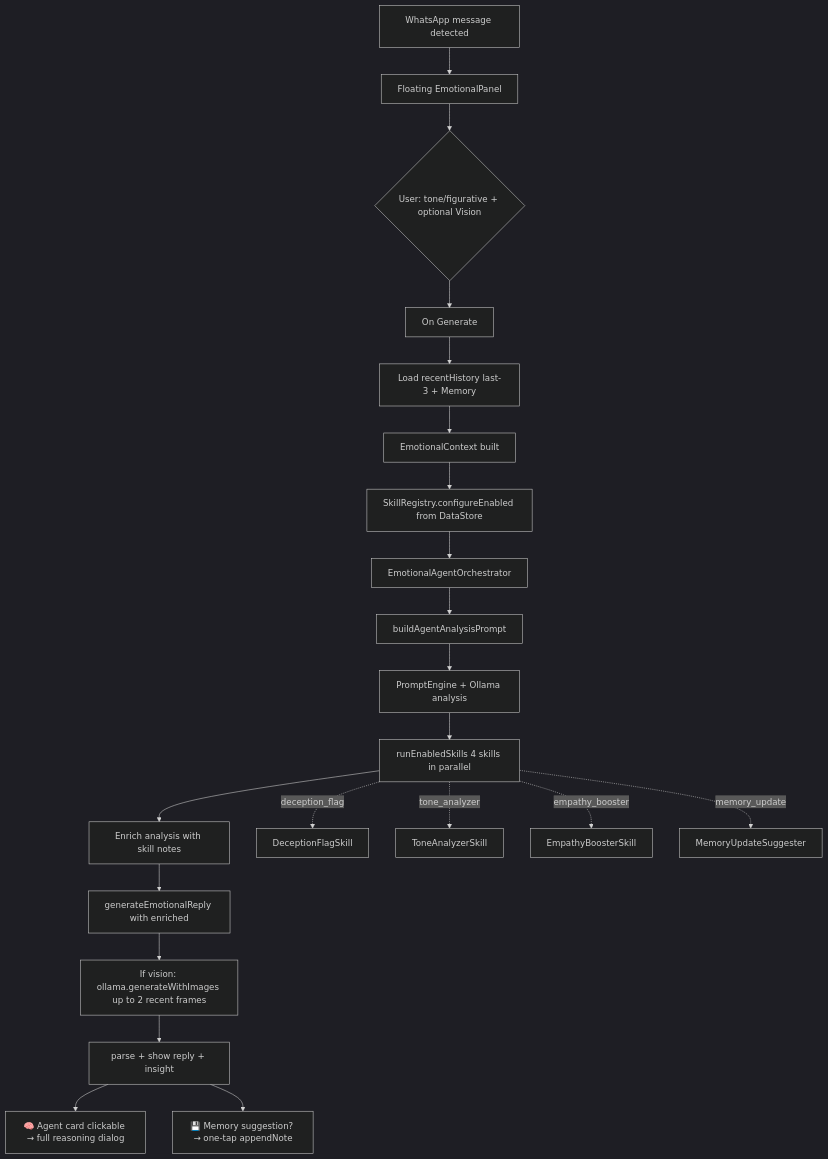
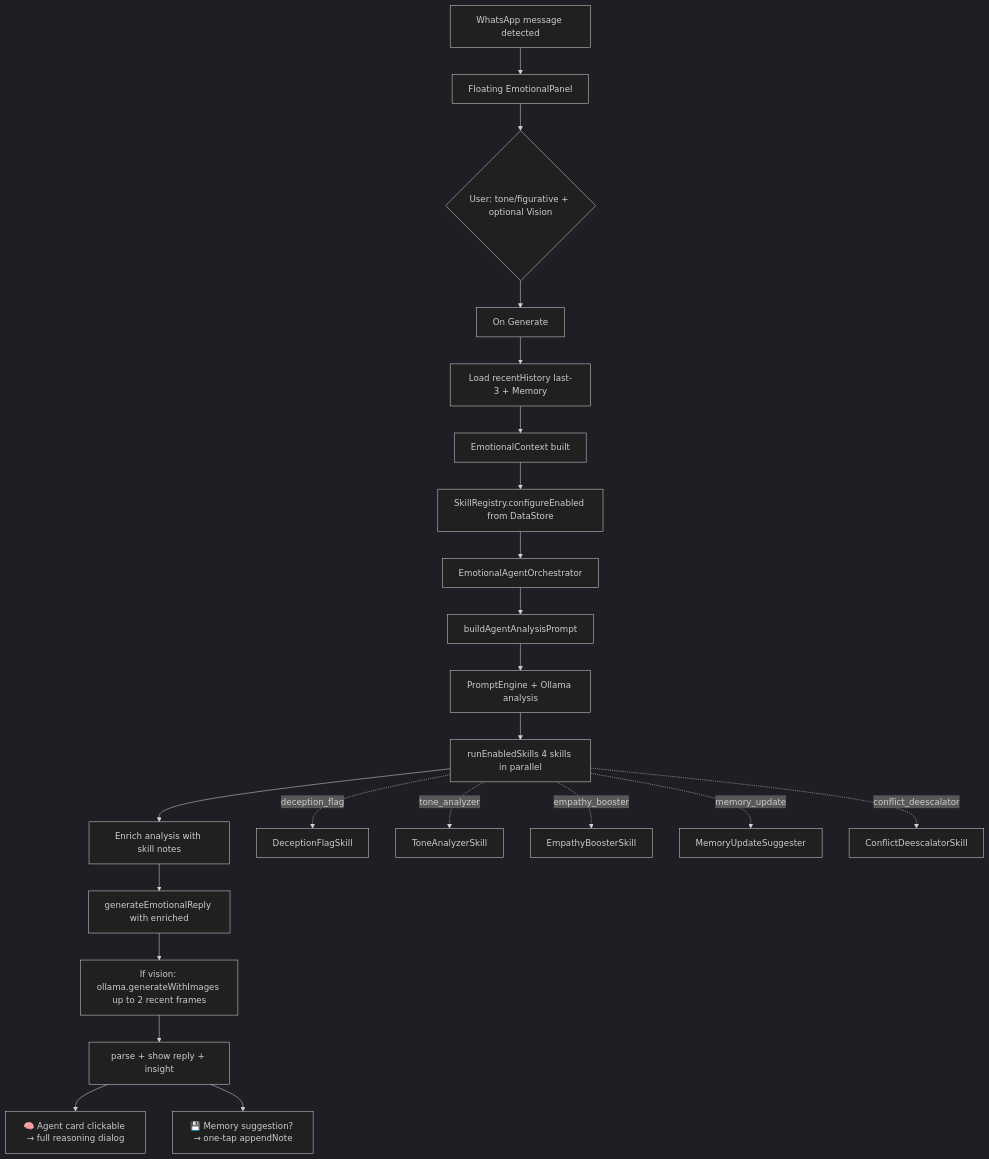
The diagram in docs/architecture.md (Stijnman/emotional-messaging-helper), drawn with Mermaid (dark theme) before and after one commit. The commit also changed other lines of this file and 22 other files, not shown here.

First line of the commit message:
feat: 5th skill (ConflictDeescalator) + full wiring; agent UI + memory UX polish; fastlane graphics/fdroid prep; more tests + docs

````diff
--- a/docs/architecture.md
+++ b/docs/architecture.md
@@ -71,23 +71,24 @@
 ```mermaid
 flowchart TD
     A[WhatsApp message detected] --> B[Floating EmotionalPanel]
     B --> C{User: tone/figurative + optional Vision}
     C --> D[On Generate]
     D --> E[Load recentHistory last-3 + Memory]
     E --> F[EmotionalContext built]
     F --> G[SkillRegistry.configureEnabled from DataStore]
     G --> H[EmotionalAgentOrchestrator]
     H --> I[buildAgentAnalysisPrompt]
     I --> J[PromptEngine + Ollama analysis]
     J --> K[runEnabledSkills 4 skills in parallel]
     K --> L[Enrich analysis with skill notes]
     L --> M[generateEmotionalReply with enriched]
     M --> N[If vision: ollama.generateWithImages up to 2 recent frames]
     N --> O[parse + show reply + insight]
     O --> P[🧠 Agent card clickable → full reasoning dialog]
     O --> Q[💾 Memory suggestion? → one-tap appendNote]
     K -.->|deception_flag| R[DeceptionFlagSkill]
     K -.->|tone_analyzer| S[ToneAnalyzerSkill]
     K -.->|empathy_booster| T[EmpathyBoosterSkill]
     K -.->|memory_update| U[MemoryUpdateSuggester]
+    K -.->|conflict_deescalator| V[ConflictDeescalatorSkill]
 ```
````
